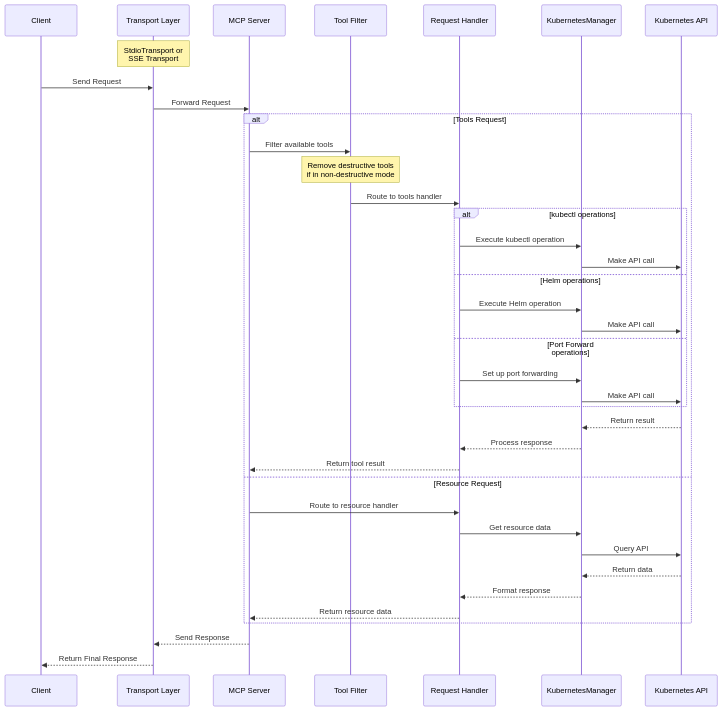
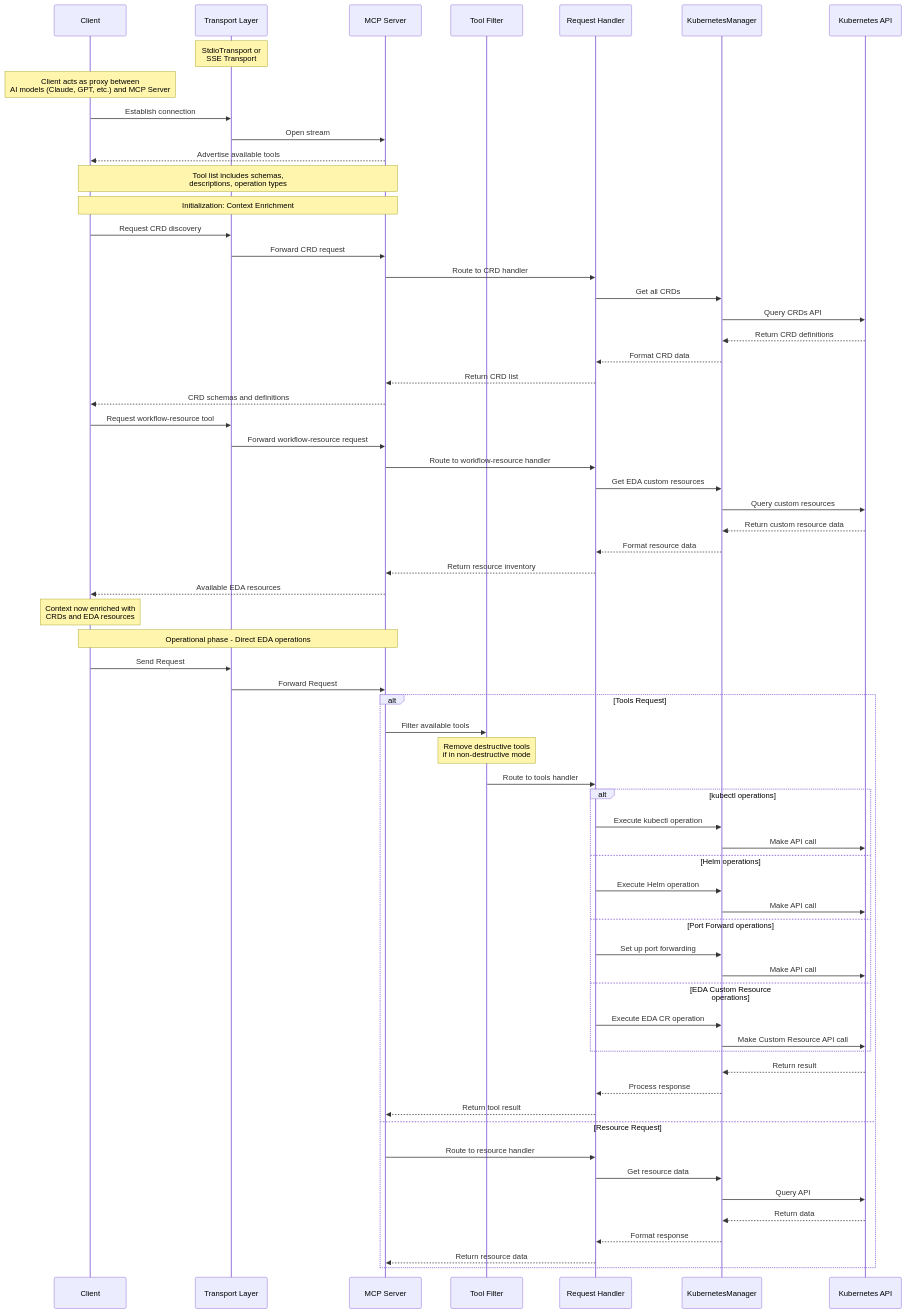
The diagram in README.md (baijuw/eda-mcp-server), drawn with Mermaid before and after one commit.

Commit message:
Update README.md
Updated the Sequence diagram

````diff
--- a/README.md
+++ b/README.md
@@ -220,46 +220,75 @@
 ```mermaid
 sequenceDiagram
     participant Client
     participant Transport as Transport Layer
     participant Server as MCP Server
     participant Filter as Tool Filter
     participant Handler as Request Handler
     participant K8sManager as KubernetesManager
     participant K8s as Kubernetes API
+    Note over Transport: StdioTransport or<br>SSE Transport
+    Note over Client: Client acts as proxy between<br>AI models (Claude, GPT, etc.) and MCP Server
+    
+    %% Connection and tool advertisement phase
+    Client->>Transport: Establish connection
+    Transport->>Server: Open stream
+    Server-->>Client: Advertise available tools
+    Note over Server,Client: Tool list includes schemas,<br>descriptions, operation types
+    
+    %% Initialization phase - Context enrichment
+    Note over Client,Server: Initialization: Context Enrichment
+    Client->>Transport: Request CRD discovery
+    Transport->>Server: Forward CRD request
+    Server->>Handler: Route to CRD handler
+    Handler->>K8sManager: Get all CRDs
+    K8sManager->>K8s: Query CRDs API
+    K8s-->>K8sManager: Return CRD definitions
+    K8sManager-->>Handler: Format CRD data
+    Handler-->>Server: Return CRD list
+    Server-->>Client: CRD schemas and definitions
 
-    Note over Transport: StdioTransport or<br>SSE Transport
+    Client->>Transport: Request workflow-resource tool
+    Transport->>Server: Forward workflow-resource request
+    Server->>Handler: Route to workflow-resource handler
+    Handler->>K8sManager: Get EDA custom resources
+    K8sManager->>K8s: Query custom resources
+    K8s-->>K8sManager: Return custom resource data
+    K8sManager-->>Handler: Format resource data
+    Handler-->>Server: Return resource inventory
+    Server-->>Client: Available EDA resources
 
+    Note over Client: Context now enriched with<br>CRDs and EDA resources
+    
+    %% Operational phase
+    Note over Client,Server: Operational phase - Direct EDA operations
     Client->>Transport: Send Request
     Transport->>Server: Forward Request
-
     alt Tools Request
         Server->>Filter: Filter available tools
         Note over Filter: Remove destructive tools<br>if in non-destructive mode
         Filter->>Handler: Route to tools handler
-
         alt kubectl operations
             Handler->>K8sManager: Execute kubectl operation
             K8sManager->>K8s: Make API call
         else Helm operations
             Handler->>K8sManager: Execute Helm operation
             K8sManager->>K8s: Make API call
         else Port Forward operations
             Handler->>K8sManager: Set up port forwarding
             K8sManager->>K8s: Make API call
+        else EDA Custom Resource operations
+            Handler->>K8sManager: Execute EDA CR operation
+            K8sManager->>K8s: Make Custom Resource API call
         end
-
         K8s-->>K8sManager: Return result
         K8sManager-->>Handler: Process response
         Handler-->>Server: Return tool result
     else Resource Request
         Server->>Handler: Route to resource handler
         Handler->>K8sManager: Get resource data
         K8sManager->>K8s: Query API
         K8s-->>K8sManager: Return data
         K8sManager-->>Handler: Format response
         Handler-->>Server: Return resource data
     end
-
-    Server-->>Transport: Send Response
-    Transport-->>Client: Return Final Response
 ```
````
